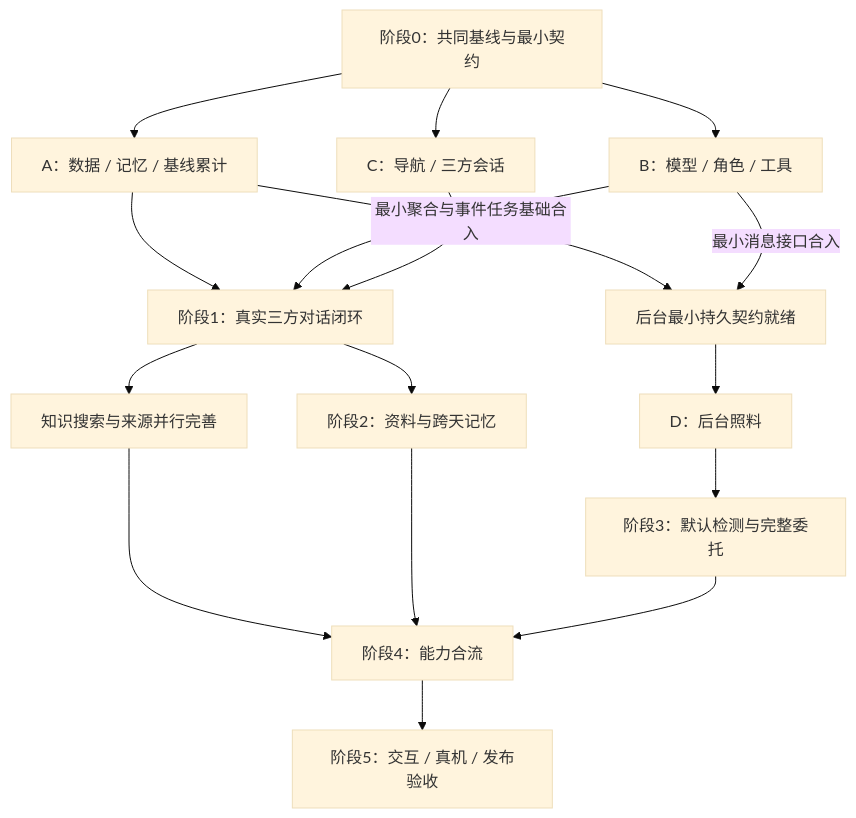
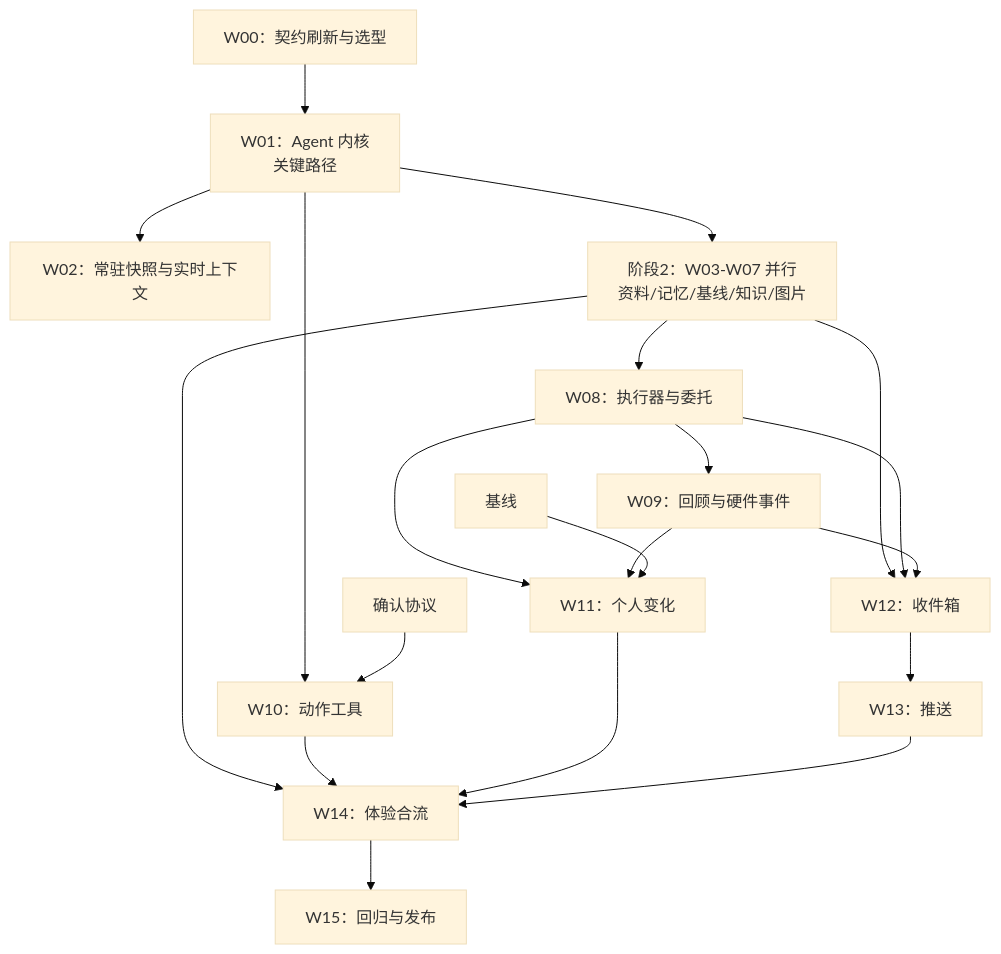
The diagram in docs/agent-implementation-roadmap.md (yangeh03/petsense_app), drawn with Mermaid (base theme) before and after one commit. The commit also changed other lines of this file and 4 other files, not shown here.

````diff
--- a/docs/agent-implementation-roadmap.md
+++ b/docs/agent-implementation-roadmap.md
@@ -118,20 +85,13 @@
 ```mermaid
 flowchart TD
-    Z[阶段0：共同基线与最小契约]
-    Z --> A[A：数据 / 记忆 / 基线累计]
-    Z --> B[B：模型 / 角色 / 工具]
-    Z --> C[C：导航 / 三方会话]
-    A --> M[阶段1：真实三方对话闭环]
-    B --> M
-    C --> M
-    M --> N[阶段2：资料与跨天记忆]
-    M --> K[知识搜索与来源并行完善]
-    A -->|最小聚合与事件任务基础合入| H[后台最小持久契约就绪]
-    B -->|最小消息接口合入| H
-    H --> D[D：后台照料]
-    D --> P[阶段3：默认检测与完整委托]
-    K --> F[阶段4：能力合流]
-    N --> F
-    P --> F
-    F --> R[阶段5：交互 / 真机 / 发布验收]
+    Z[W00：契约刷新与选型] --> K[W01：Agent 内核<br/>关键路径]
+    K --> S[W02：常驻快照与实时上下文]
+    K --> M[阶段2：W03-W07 并行<br/>资料/记忆/基线/知识/图片]
+    K --> ACT[W10：动作工具]
+    W03[确认协议] --> ACT
+    M --> H[W08：执行器与委托]
+    H --> R[W09：回顾与硬件事件]
+    H & R & W05[基线] --> V[W11：个人变化]
+    M & H & R --> IN[W12：收件箱] --> P[W13：推送]
+    M & ACT & V & P --> F[W14：体验合流] --> G[W15：回归与发布]
 ```
````
